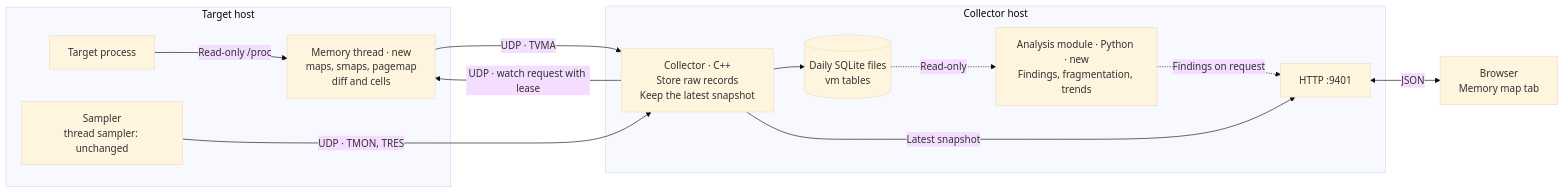
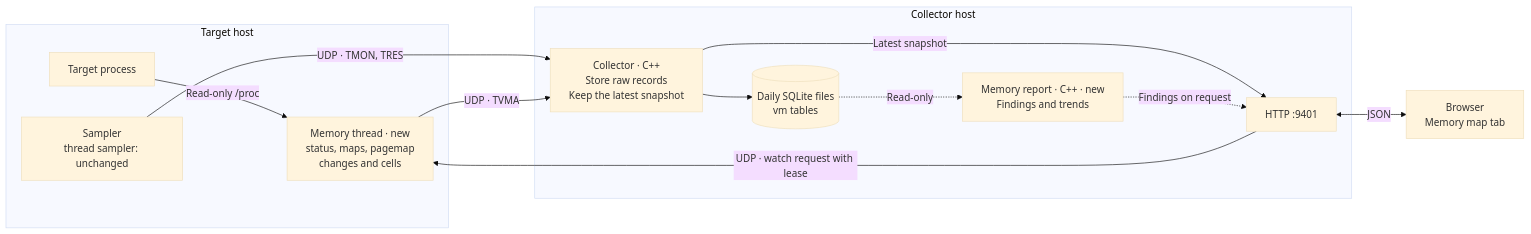
One commit to breakbadsp/triangulator changed the diagram in docs/process-memory-map-design.md. Above: the diagram before and after it, drawn with Mermaid (base theme). The commit also changed other lines of this file, not shown here.

First line of the commit message:
Memory map design: fix the problems that the review found

````diff
--- a/docs/process-memory-map-design.md
+++ b/docs/process-memory-map-design.md
@@ -147,26 +169,26 @@
 ```mermaid
 flowchart LR
     subgraph target_host["Target host"]
         target["Target process"]
         sampler["Sampler<br/>thread sampler: unchanged"]
-        vmthread["Memory thread · new<br/>maps, smaps, pagemap<br/>diff and cells"]
+        vmthread["Memory thread · new<br/>status, maps, pagemap<br/>changes and cells"]
         target -->|"Read-only /proc"| vmthread
         sampler ~~~ vmthread
     end
 
     subgraph collector_host["Collector host"]
         collector["Collector · C++<br/>Store raw records<br/>Keep the latest snapshot"]
         db[("Daily SQLite files<br/>vm tables")]
         http["HTTP :9401"]
-        analysis["Analysis module · Python · new<br/>Findings, fragmentation, trends"]
+        analysis["Memory report · C++ · new<br/>Findings and trends"]
         collector --> db
         collector -->|"Latest snapshot"| http
+        http -->|"UDP · watch request with lease"| vmthread
         db -.->|"Read-only"| analysis
         analysis -.->|"Findings on request"| http
     end
 
     sampler -->|"UDP · TMON, TRES"| collector
     vmthread -->|"UDP · TVMA"| collector
-    collector -->|"UDP · watch request with lease"| vmthread
     http <-->|"JSON"| browser["Browser<br/>Memory map tab"]
 ```
````
